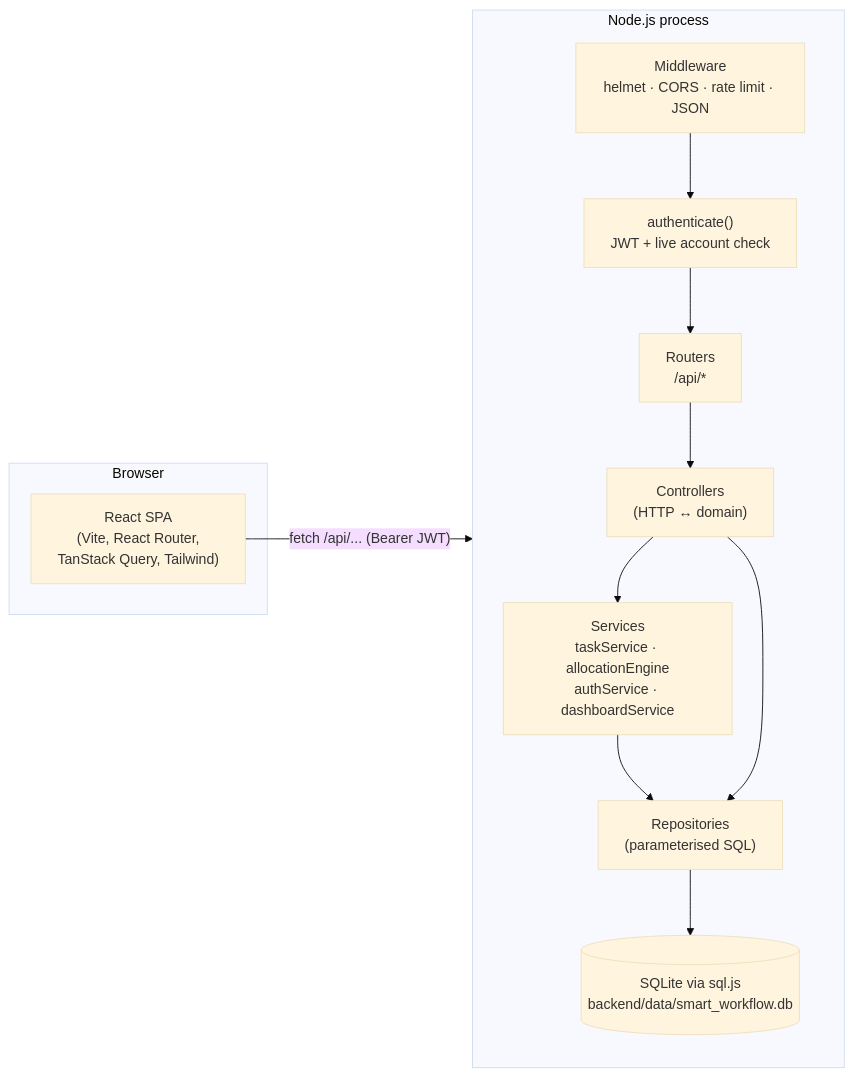
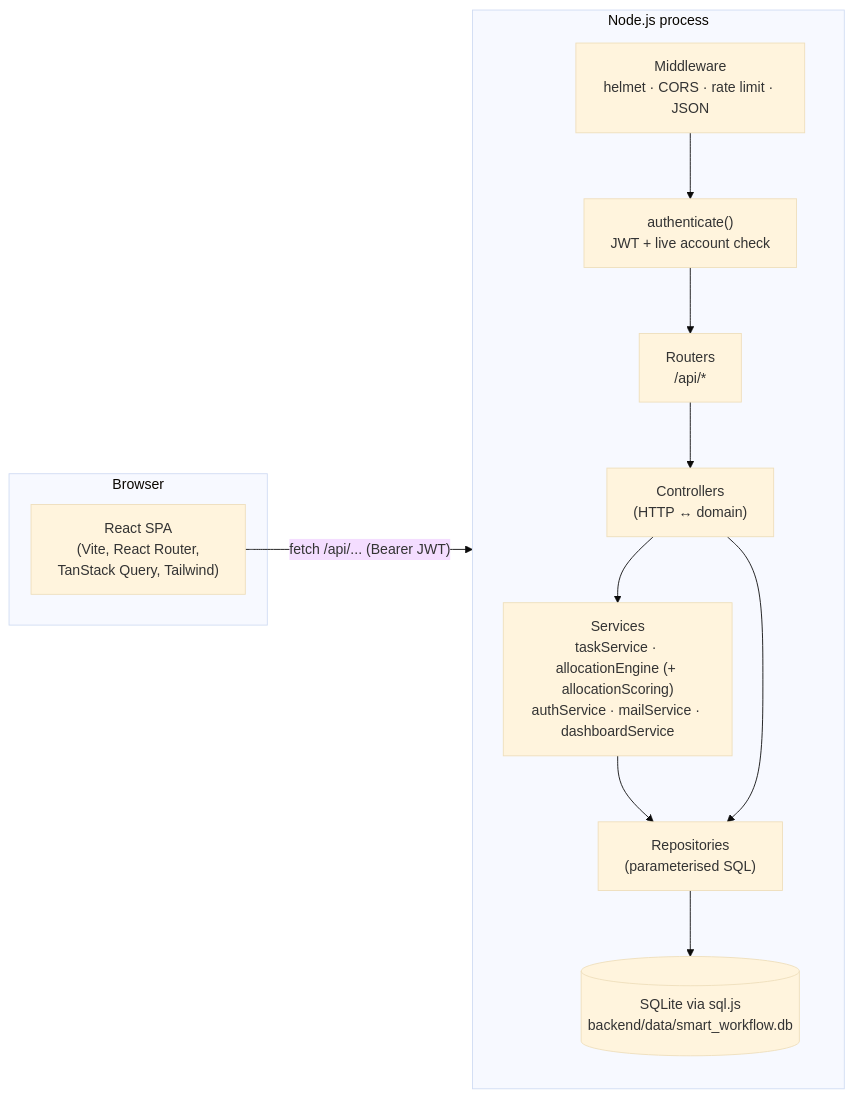
Before and after one commit to md8-habibullah/smart_workflow: the first of 2 diagrams in docs/ai/ARCHITECTURE.md, drawn with Mermaid (base theme). The commit also changed other lines of this file and 98 other files, not shown here.

````diff
--- a/docs/ai/ARCHITECTURE.md
+++ b/docs/ai/ARCHITECTURE.md
@@ -5,19 +5,19 @@
 ```mermaid
 flowchart LR
     subgraph Browser
       UI["React SPA<br/>(Vite, React Router,<br/>TanStack Query, Tailwind)"]
     end
     subgraph Server["Node.js process"]
       direction TB
       MW["Middleware<br/>helmet · CORS · rate limit · JSON"]
       AUTH["authenticate()<br/>JWT + live account check"]
       RT["Routers<br/>/api/*"]
       CT["Controllers<br/>(HTTP ↔ domain)"]
-      SV["Services<br/>taskService · allocationEngine<br/>authService · dashboardService"]
+      SV["Services<br/>taskService · allocationEngine (+ allocationScoring)<br/>authService · mailService · dashboardService"]
       RP["Repositories<br/>(parameterised SQL)"]
       DB[("SQLite via sql.js<br/>backend/data/smart_workflow.db")]
       MW --> AUTH --> RT --> CT --> SV --> RP --> DB
       CT --> RP
     end
     UI -- "fetch /api/... (Bearer JWT)" --> MW
 ```
````
